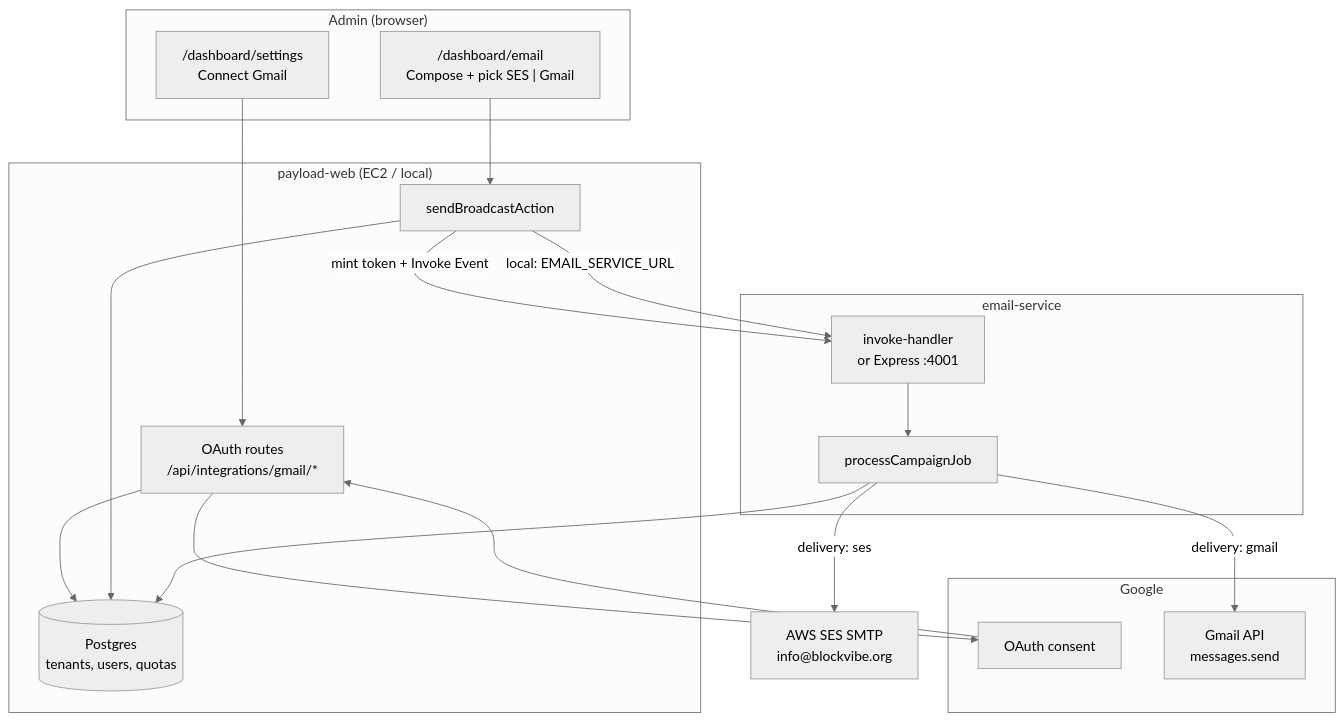
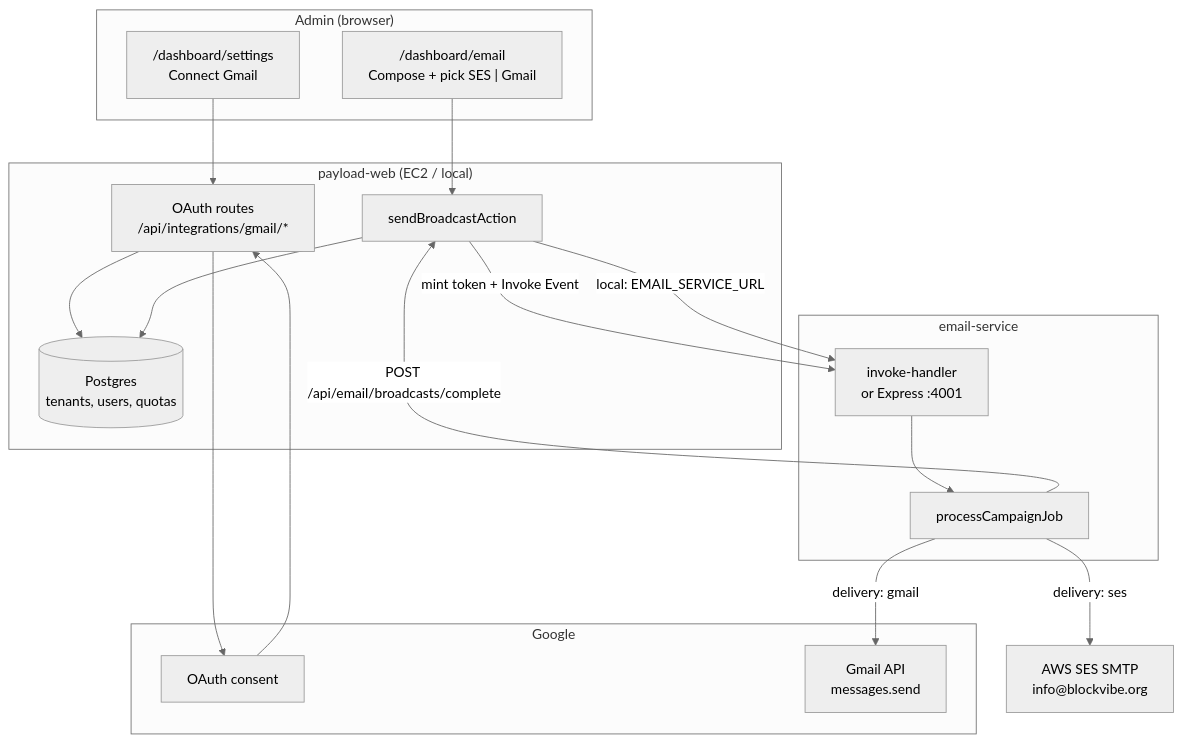
One commit to MyNeighborhod/blockvibe-monorepo changed the first of 4 diagrams in apps/payload-web/docs/email/architecture.md. Above: the diagram before and after it, drawn with Mermaid (neutral theme). The commit also changed other lines of this file and 45 other files, not shown here.

````diff
--- a/apps/payload-web/docs/email/architecture.md
+++ b/apps/payload-web/docs/email/architecture.md
@@ -26,40 +26,40 @@
 ```mermaid
 flowchart TB
     subgraph admin["Admin (browser)"]
         Settings["/dashboard/settings\nConnect Gmail"]
         Broadcaster["/dashboard/email\nCompose + pick SES | Gmail"]
     end
 
     subgraph payload["payload-web (EC2 / local)"]
         OAuth["OAuth routes\n/api/integrations/gmail/*"]
         Actions["sendBroadcastAction"]
         DB[(Postgres\ntenants, users, quotas)]
     end
 
     subgraph google["Google"]
         GAuth[OAuth consent]
         GmailAPI[Gmail API\nmessages.send]
     end
 
     subgraph worker["email-service"]
         Invoke[invoke-handler\nor Express :4001]
         Process[processCampaignJob]
     end
 
     SES[AWS SES SMTP\ninfo@blockvibe.org]
 
     Settings --> OAuth
     OAuth --> GAuth
     GAuth --> OAuth
     OAuth --> DB
 
     Broadcaster --> Actions
     Actions --> DB
     Actions -->|"mint token + Invoke Event"| Invoke
     Actions -->|"local: EMAIL_SERVICE_URL"| Invoke
 
     Invoke --> Process
     Process -->|"delivery: ses"| SES
     Process -->|"delivery: gmail"| GmailAPI
-    Process --> DB
+    Process -->|"POST /api/email/broadcasts/complete"| Actions
 ```
````
